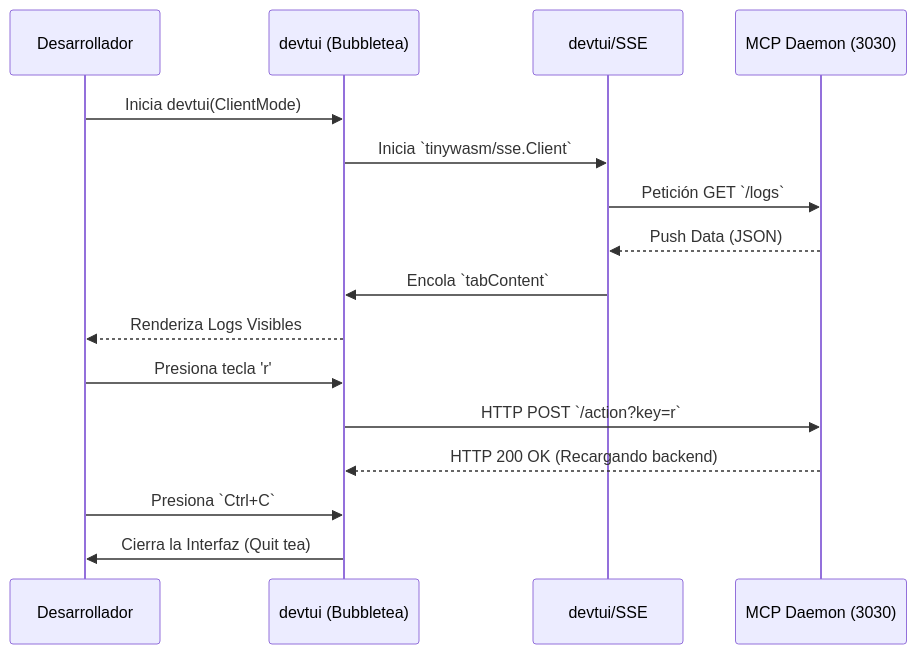
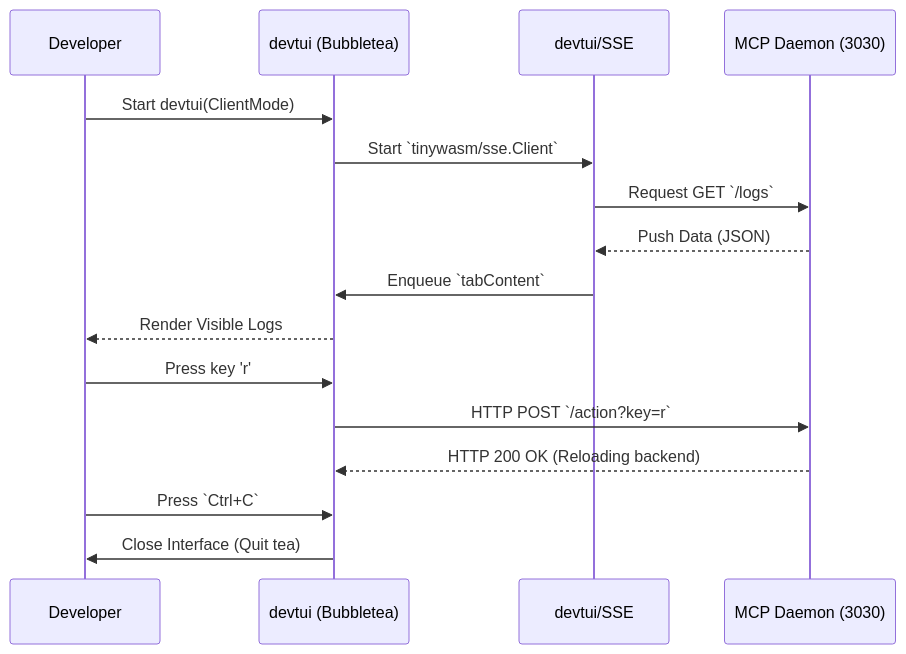
The diagram in docs/diagrams/MCP_REFACTOR_FLOW.md (tinywasm/devtui), drawn with Mermaid before and after one commit. The commit also changed 1 other file, not shown here.

Commit message:
docs: Translate MCP refactor flow diagram and associated documentation to English.

````diff
--- a/docs/diagrams/MCP_REFACTOR_FLOW.md
+++ b/docs/diagrams/MCP_REFACTOR_FLOW.md
@@ -1,24 +1,24 @@
 ```mermaid
 sequenceDiagram
-    participant Dev as Desarrollador
+    participant Dev as Developer
     participant Bubble as devtui (Bubbletea)
     participant SSEClient as devtui/SSE
     participant MCPServer as MCP Daemon (3030)
 
-    %% Inicio del Streaming %%
-    Dev->>Bubble: Inicia devtui(ClientMode)
-    Bubble->>SSEClient: Inicia `tinywasm/sse.Client`
-    SSEClient->>MCPServer: Petición GET `/logs`
+    %% Streaming Start %%
+    Dev->>Bubble: Start devtui(ClientMode)
+    Bubble->>SSEClient: Start `tinywasm/sse.Client`
+    SSEClient->>MCPServer: Request GET `/logs`
     MCPServer-->>SSEClient: Push Data (JSON)
-    SSEClient->>Bubble: Encola `tabContent`
-    Bubble-->>Dev: Renderiza Logs Visibles
+    SSEClient->>Bubble: Enqueue `tabContent`
+    Bubble-->>Dev: Render Visible Logs
 
-    %% Interacción del teclado %%
-    Dev->>Bubble: Presiona tecla 'r'
+    %% Keyboard Interaction %%
+    Dev->>Bubble: Press key 'r'
     Bubble->>MCPServer: HTTP POST `/action?key=r`
-    MCPServer-->>Bubble: HTTP 200 OK (Recargando backend)
+    MCPServer-->>Bubble: HTTP 200 OK (Reloading backend)
     
-    %% Salida Local %%
-    Dev->>Bubble: Presiona `Ctrl+C`
-    Bubble->>Dev: Cierra la Interfaz (Quit tea)
+    %% Local Exit %%
+    Dev->>Bubble: Press `Ctrl+C`
+    Bubble->>Dev: Close Interface (Quit tea)
 ```
````
